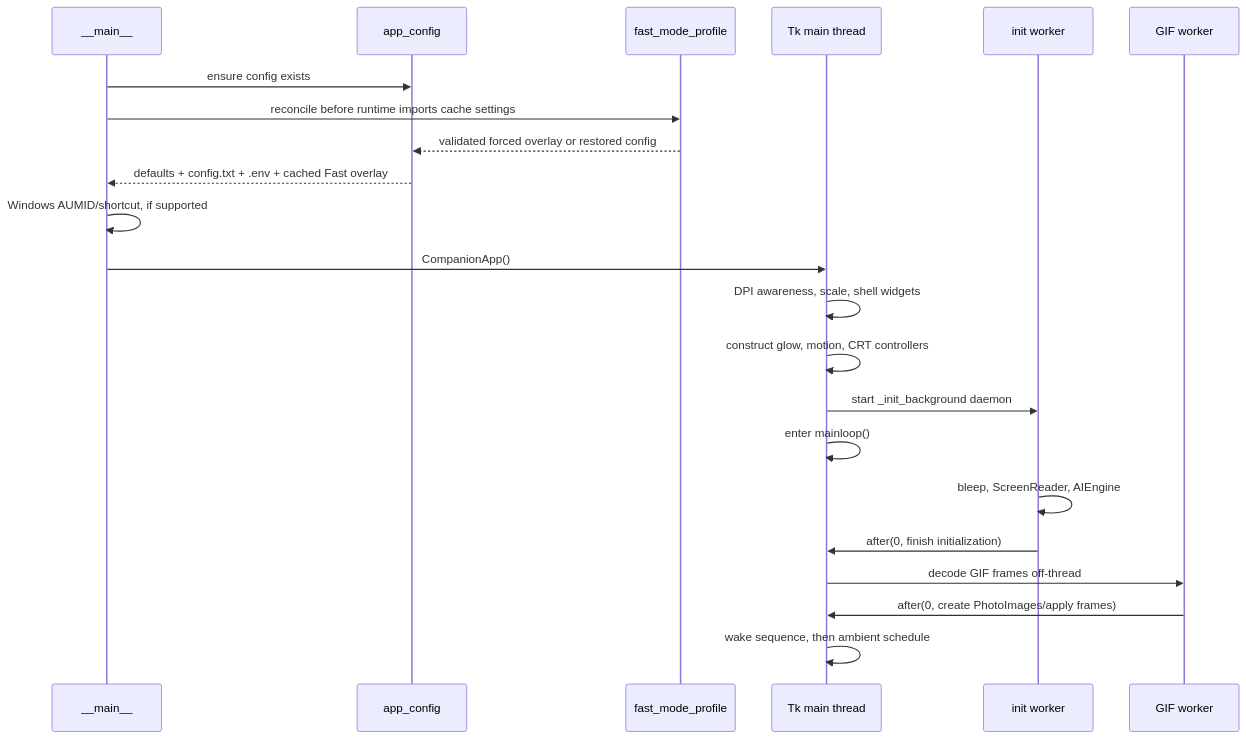
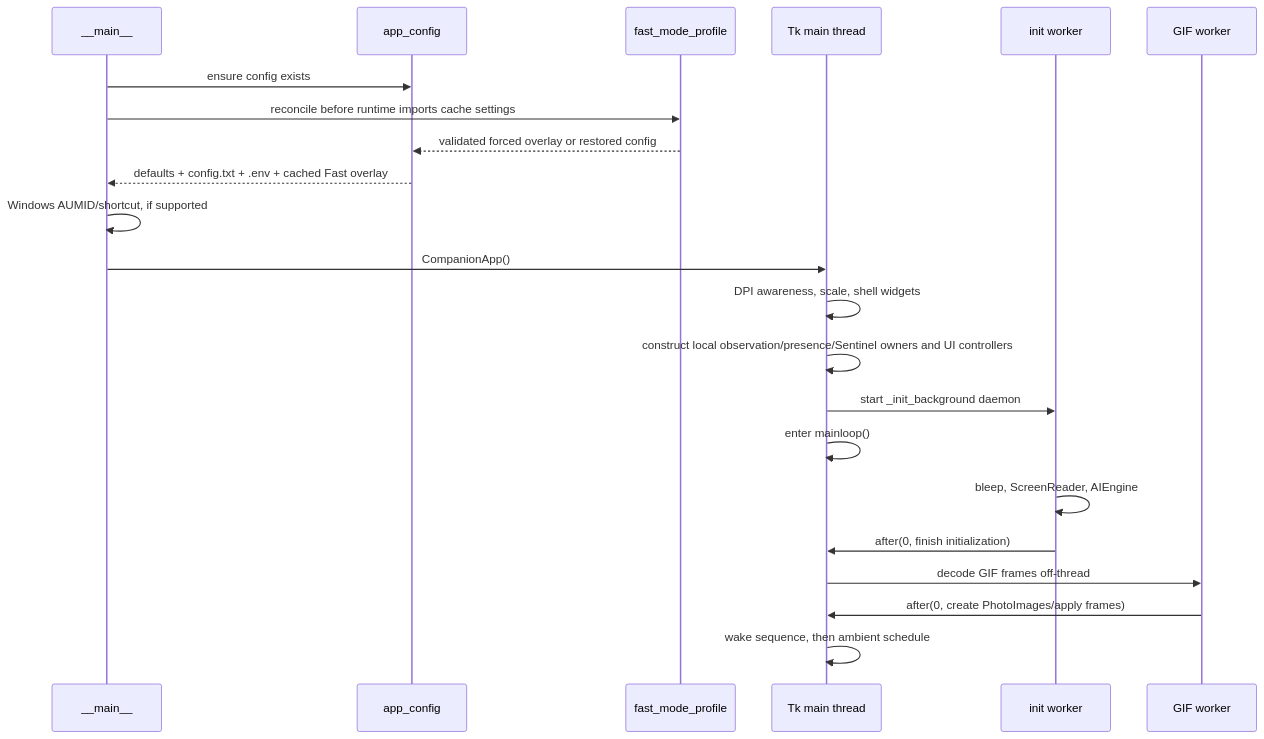
One commit to SiriusNovyx/Agetha.exe changed the first of 5 diagrams in docs/runtime_flows.md. Above: the diagram before and after it, drawn with Mermaid. The commit also changed other lines of this file and 7 other files, not shown here.

````diff
--- a/docs/runtime_flows.md
+++ b/docs/runtime_flows.md
@@ -22,25 +24,25 @@
 ```mermaid
 sequenceDiagram
     participant Entry as __main__
     participant Config as app_config
     participant Fast as fast_mode_profile
     participant Tk as Tk main thread
     participant Init as init worker
     participant GIF as GIF worker
 
     Entry->>Config: ensure config exists
     Entry->>Fast: reconcile before runtime imports cache settings
     Fast-->>Config: validated forced overlay or restored config
     Config-->>Entry: defaults + config.txt + .env + cached Fast overlay
     Entry->>Entry: Windows AUMID/shortcut, if supported
     Entry->>Tk: CompanionApp()
     Tk->>Tk: DPI awareness, scale, shell widgets
-    Tk->>Tk: construct glow, motion, CRT controllers
+    Tk->>Tk: construct local observation/presence/Sentinel owners and UI controllers
     Tk->>Init: start _init_background daemon
     Tk->>Tk: enter mainloop()
     Init->>Init: bleep, ScreenReader, AIEngine
     Init->>Tk: after(0, finish initialization)
     Tk->>GIF: decode GIF frames off-thread
     GIF->>Tk: after(0, create PhotoImages/apply frames)
     Tk->>Tk: wake sequence, then ambient schedule
 ```
````
